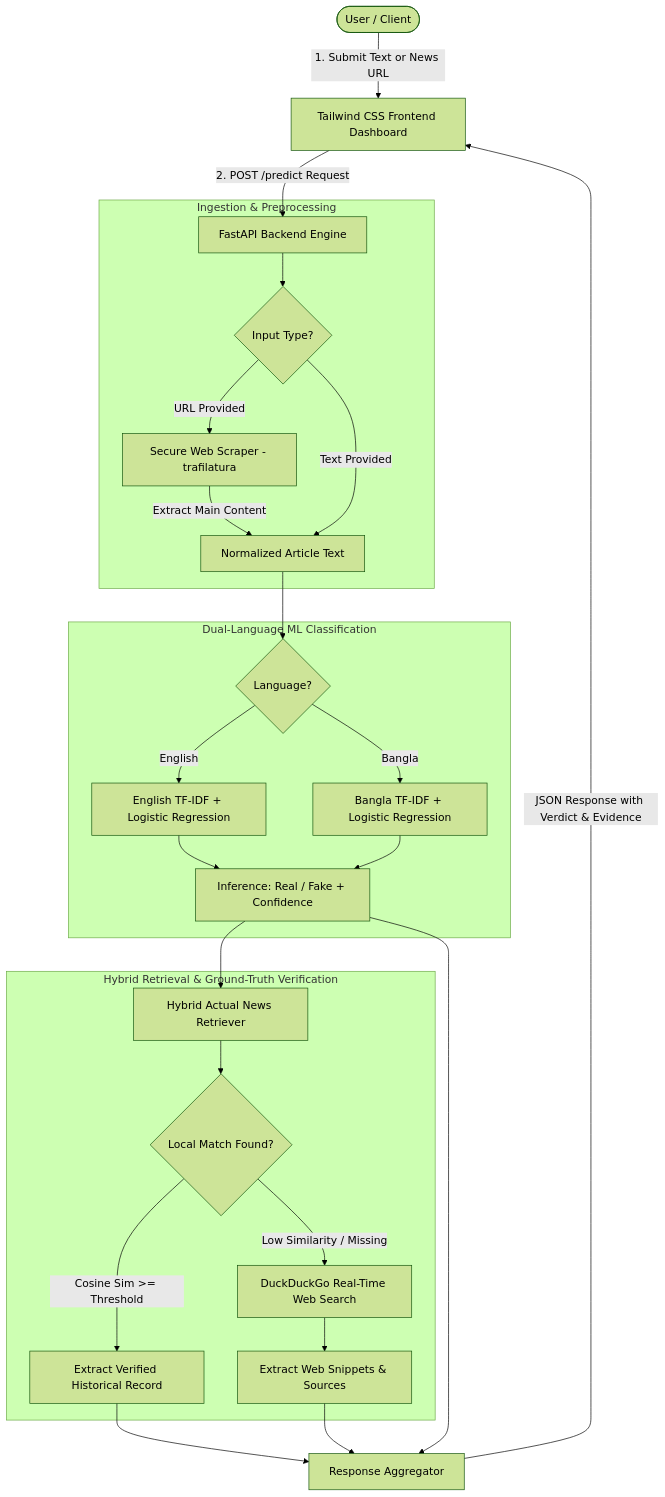
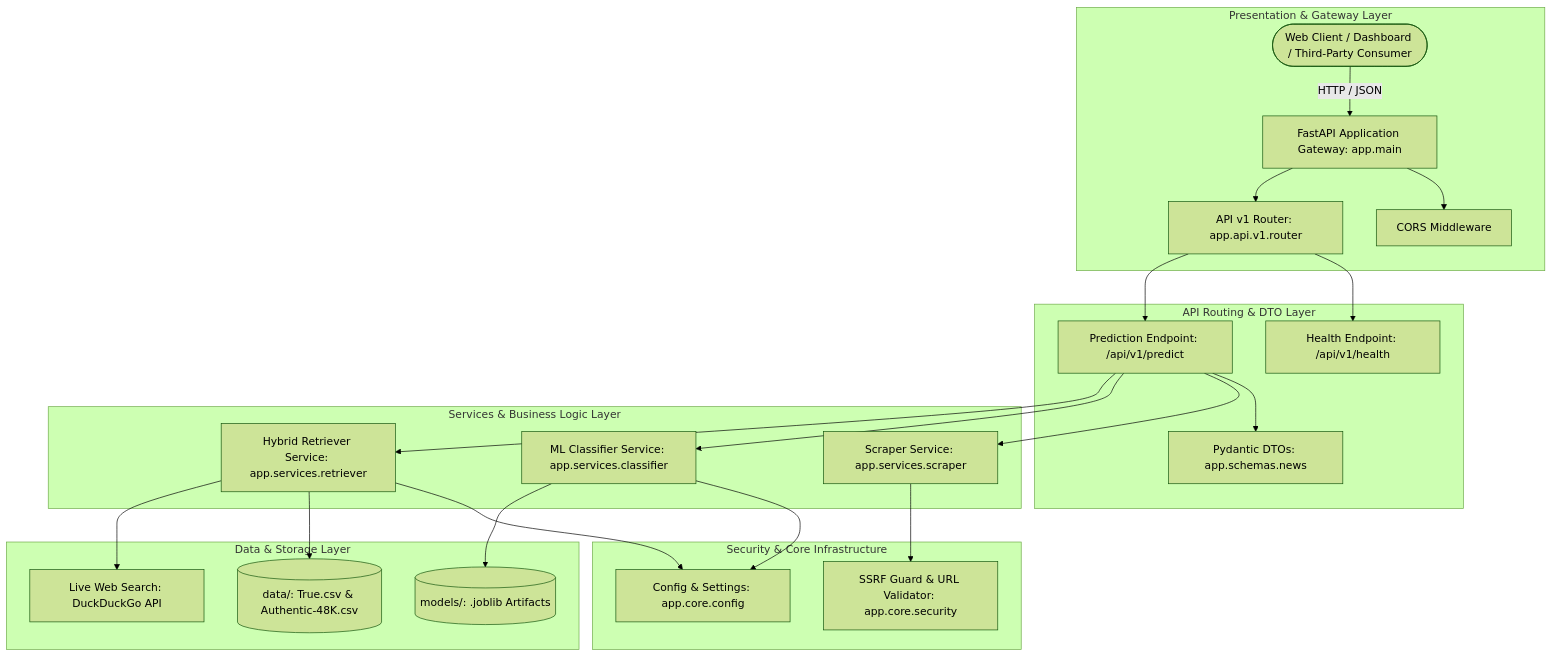
One commit to nazerindisha/Fake_News_Detection changed the first of 2 diagrams in README.md. Above: the diagram before and after it, drawn with Mermaid (forest theme). The commit also changed other lines of this file and 36 other files, not shown here.

Commit message:
Refactor into enterprise modular architecture with layered design, test suite, and updated docs

````diff
--- a/README.md
+++ b/README.md
@@ -45,34 +44,34 @@
 ```mermaid
 flowchart TD
-    User([User / Client]) -->|1. Submit Text or News URL| Dashboard[Tailwind CSS Frontend Dashboard]
-    Dashboard -->|2. POST /predict Request| API[FastAPI Backend Engine]
+    Client([Web Client / Dashboard / Third-Party Consumer])
 
-    subgraph Ingestion & Preprocessing
-        API --> InputCheck{Input Type?}
-        InputCheck -->|URL Provided| Scraper[Secure Web Scraper - trafilatura]
-        Scraper -->|Extract Main Content| TextReady[Normalized Article Text]
-        InputCheck -->|Text Provided| TextReady
+    subgraph Presentation & Gateway Layer
+        Client -->|HTTP / JSON| FastAPIGateway[FastAPI Application Gateway: app.main]
+        FastAPIGateway --> CORSMiddleware[CORS Middleware]
+        FastAPIGateway --> V1Router[API v1 Router: app.api.v1.router]
     end
 
-    subgraph Dual-Language ML Classification
-        TextReady --> LangSelect{Language?}
-        LangSelect -->|English| EN_Pipeline[English TF-IDF + Logistic Regression]
-        LangSelect -->|Bangla| BN_Pipeline[Bangla TF-IDF + Logistic Regression]
-        EN_Pipeline --> ML_Result[Inference: Real / Fake + Confidence]
-        BN_Pipeline --> ML_Result
+    subgraph API Routing & DTO Layer
+        V1Router --> HealthEP[Health Endpoint: /api/v1/health]
+        V1Router --> PredictEP[Prediction Endpoint: /api/v1/predict]
+        PredictEP --> PydanticSchemas[Pydantic DTOs: app.schemas.news]
     end
 
-    subgraph Hybrid Retrieval & Ground-Truth Verification
-        ML_Result --> Retriever[Hybrid Actual News Retriever]
-        Retriever --> LocalDB{Local Match Found?}
-        LocalDB -->|Cosine Sim >= Threshold| LocalEvidence[Extract Verified Historical Record]
-        LocalDB -->|Low Similarity / Missing| LiveSearch[DuckDuckGo Real-Time Web Search]
-        LiveSearch --> LiveEvidence[Extract Web Snippets & Sources]
+    subgraph Services & Business Logic Layer
+        PredictEP --> ScraperService[Scraper Service: app.services.scraper]
+        PredictEP --> ClassifierService[ML Classifier Service: app.services.classifier]
+        PredictEP --> RetrieverService[Hybrid Retriever Service: app.services.retriever]
     end
 
-    LocalEvidence --> ResponseAggregator[Response Aggregator]
-    LiveEvidence --> ResponseAggregator
-    ML_Result --> ResponseAggregator
+    subgraph Security & Core Infrastructure
+        ScraperService --> SSRFGuard[SSRF Guard & URL Validator: app.core.security]
+        ClassifierService --> Settings[Config & Settings: app.core.config]
+        RetrieverService --> Settings
+    end
 
-    ResponseAggregator -->|JSON Response with Verdict & Evidence| Dashboard
+    subgraph Data & Storage Layer
+        ClassifierService --> ModelsDir[(models/: .joblib Artifacts)]
+        RetrieverService --> DataDir[(data/: True.csv & Authentic-48K.csv)]
+        RetrieverService --> DuckDuckGoLive[Live Web Search: DuckDuckGo API]
+    end
 ```
````
